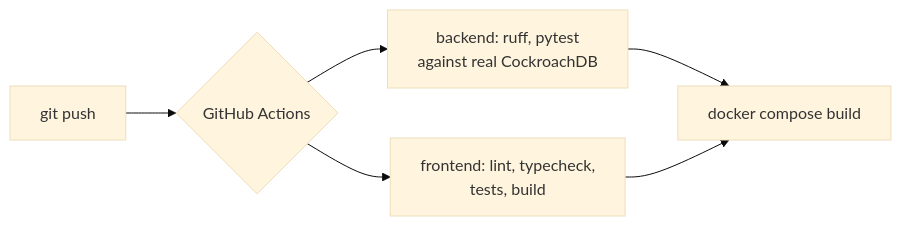
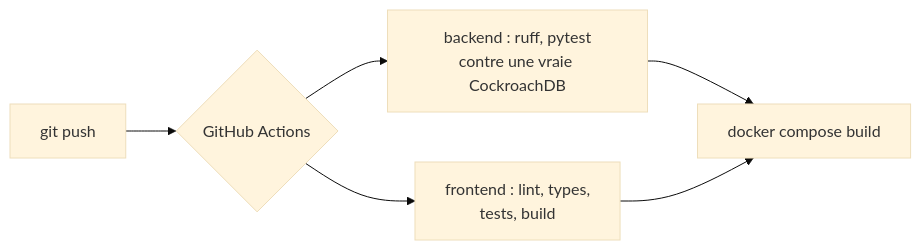
One commit to amin119/Technical-Assesment-SanteCall-IA changed the fourth of 4 diagrams in docs/ARCHITECTURE.md. Above: the diagram before and after it, drawn with Mermaid (base theme). The commit also changed other lines of this file and 9 other files, not shown here.

````diff
--- a/docs/ARCHITECTURE.md
+++ b/docs/ARCHITECTURE.md
@@ -199,8 +199,8 @@
 ```mermaid
 flowchart LR
     C[git push] --> CI{GitHub Actions}
-    CI --> B[backend: ruff, pytest<br/>against real CockroachDB]
-    CI --> F[frontend: lint, typecheck,<br/>tests, build]
+    CI --> B[backend : ruff, pytest<br/>contre une vraie CockroachDB]
+    CI --> F[frontend : lint, types,<br/>tests, build]
     B --> D[docker compose build]
     F --> D
 ```
````
